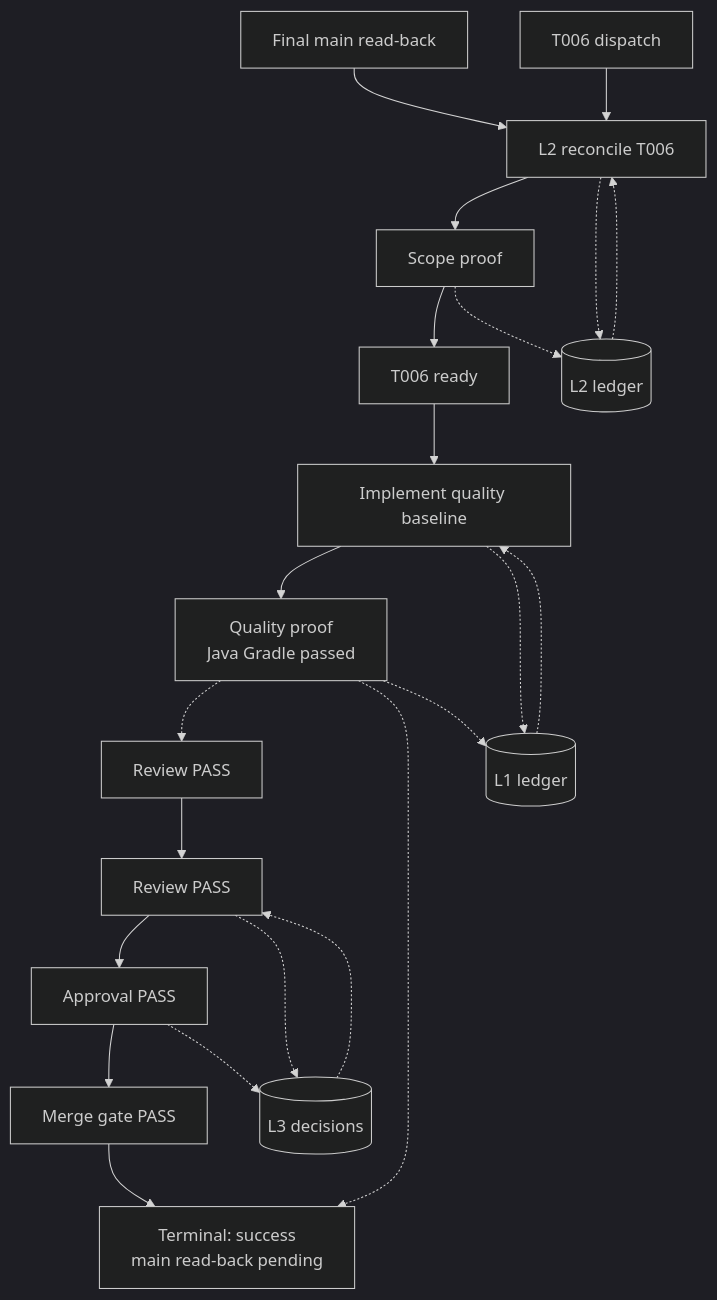
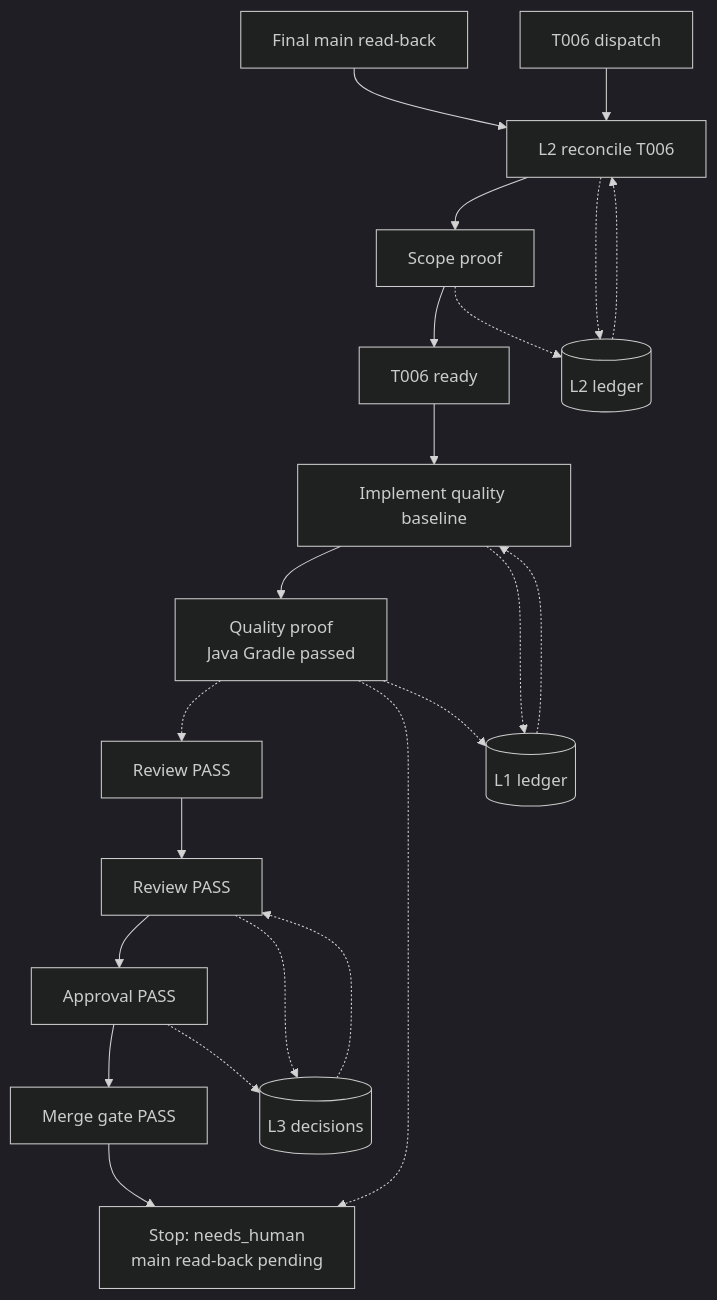
The diagram in .loop/t006-quality-baseline-graphify-loop.mmd (bynanci/courtside-tw), drawn with Mermaid (dark theme) before and after one commit.

Commit message:
T006: keep main read-back gate explicit

```diff
--- a/.loop/t006-quality-baseline-graphify-loop.mmd
+++ b/.loop/t006-quality-baseline-graphify-loop.mmd
@@ -1,22 +1,22 @@
 flowchart TD
   x["Final main read-back"] --> a2["L2 reconcile T006"]
   t2["T006 dispatch"] --> a2
   a2 --> p2["Scope proof"]
   p2 --> t1["T006 ready"]
   t1 --> a1["Implement quality baseline"]
   a1 --> p1["Quality proof\nJava Gradle passed"]
   p1 -.-> t3["Review PASS"]
-  p1 -.-> stop["Terminal: success\nmain read-back pending"]
+  p1 -.-> stop["Stop: needs_human\nmain read-back pending"]
   t3 --> a3["Review PASS"]
   a3 --> p3["Approval PASS"]
   p3 --> gate["Merge gate PASS"]
   gate --> stop
   a2 -.-> m2[("L2 ledger")]
   p2 -.-> m2
   m2 -.-> a2
   a1 -.-> m1[("L1 ledger")]
   p1 -.-> m1
   m1 -.-> a1
   a3 -.-> m3[("L3 decisions")]
   p3 -.-> m3
   m3 -.-> a3
```
